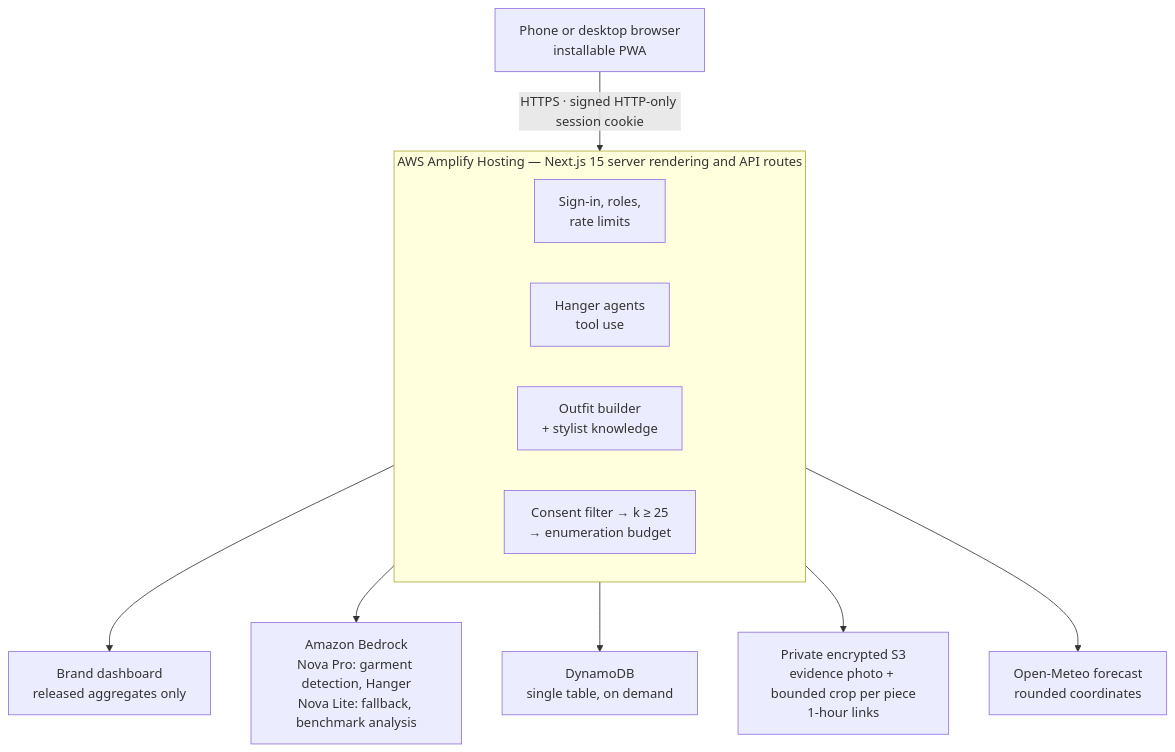
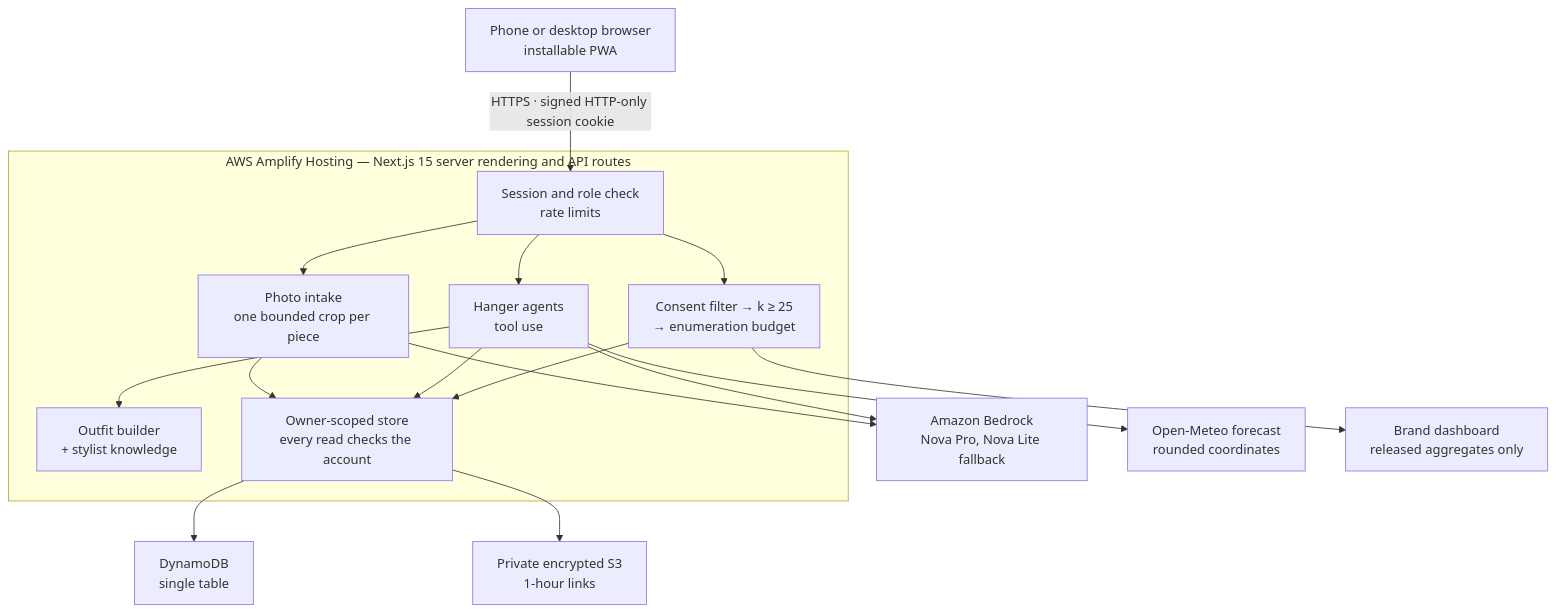
One commit to manof1color/racked-wardrobe-intelligence changed the diagram in README.md. Above: the diagram before and after it, drawn with Mermaid.

Commit message:
Redraw the architecture diagram along the real request flow

````diff
--- a/README.md
+++ b/README.md
@@ -189,16 +189,20 @@
 ```mermaid
 flowchart TB
-  phone["Phone or desktop browser<br/>installable PWA"] -->|"HTTPS · signed HTTP-only session cookie"| app
+  phone["Phone or desktop browser<br/>installable PWA"] -->|"HTTPS · signed HTTP-only session cookie"| auth
   subgraph app["AWS Amplify Hosting — Next.js 15 server rendering and API routes"]
-    direction LR
-    auth["Sign-in, roles,<br/>rate limits"]
+    auth["Session and role check<br/>rate limits"]
+    intake["Photo intake<br/>one bounded crop per piece"]
     hanger["Hanger agents<br/>tool use"]
     builder["Outfit builder<br/>+ stylist knowledge"]
     gate["Consent filter → k ≥ 25<br/>→ enumeration budget"]
+    store["Owner-scoped store<br/>every read checks the account"]
+    auth --> intake & hanger & gate
+    hanger --> builder
+    intake & hanger & gate --> store
   end
-  app --> bedrock["Amazon Bedrock<br/>Nova Pro: garment detection, Hanger<br/>Nova Lite: fallback, benchmark analysis"]
-  app --> dynamo["DynamoDB<br/>single table, on demand"]
-  app --> s3["Private encrypted S3<br/>evidence photo + bounded crop per piece<br/>1-hour links"]
-  app --> weather["Open-Meteo forecast<br/>rounded coordinates"]
+  intake & hanger --> bedrock["Amazon Bedrock<br/>Nova Pro, Nova Lite fallback"]
+  hanger --> weather["Open-Meteo forecast<br/>rounded coordinates"]
+  store --> dynamo["DynamoDB<br/>single table"]
+  store --> s3["Private encrypted S3<br/>1-hour links"]
   gate --> brand["Brand dashboard<br/>released aggregates only"]
 ```
````
